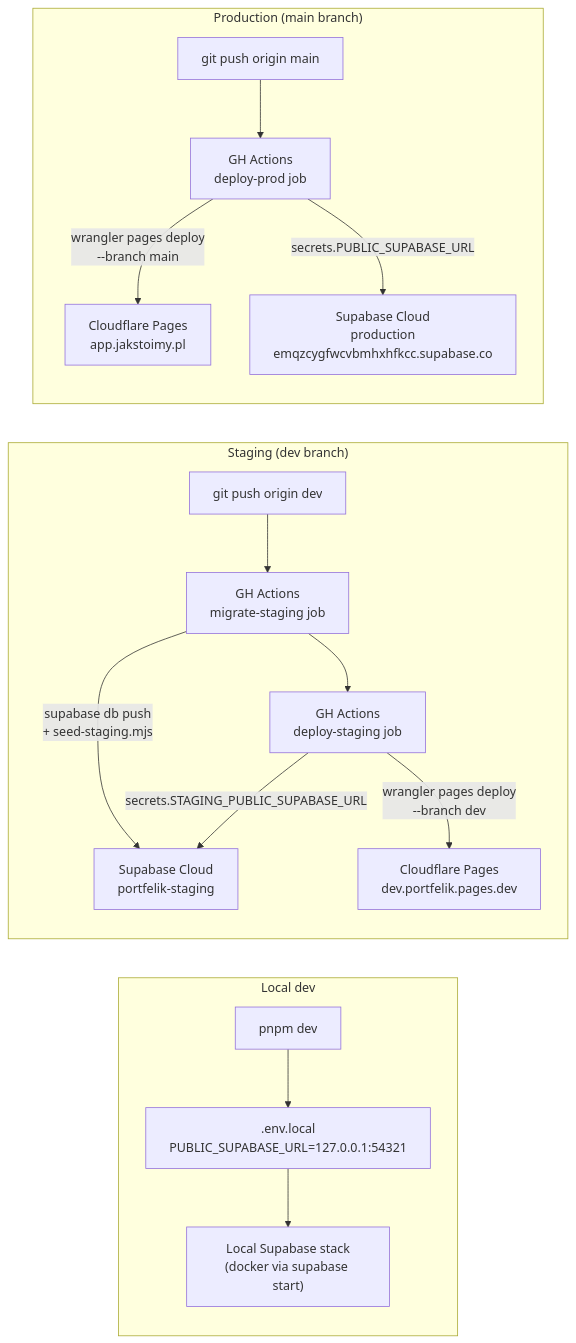
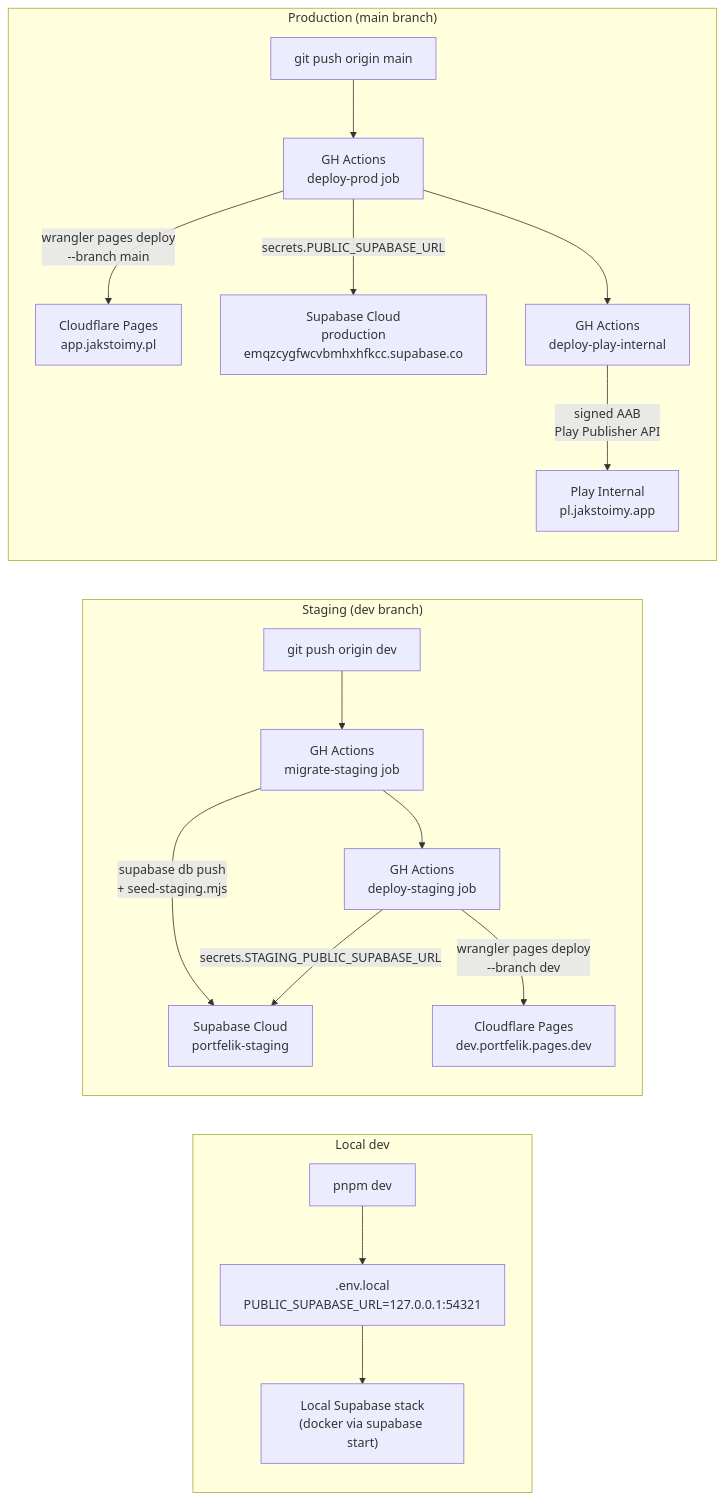
The first of 2 diagrams in docs/architecture/env-workflow.md (adrianghub/portfelik), drawn with Mermaid before and after one commit. The commit also changed other lines of this file and 6 other files, not shown here.

First line of the commit message:
ci: upload a signed AAB to Play Internal after production

````diff
--- a/docs/architecture/env-workflow.md
+++ b/docs/architecture/env-workflow.md
@@ -83,24 +83,26 @@
 ```mermaid
 flowchart LR
   subgraph local["Local dev"]
     devCmd["pnpm dev"] --> envLocal[".env.local<br/>PUBLIC_SUPABASE_URL=127.0.0.1:54321"]
     envLocal --> localStack["Local Supabase stack<br/>(docker via supabase start)"]
   end
 
   subgraph staging["Staging (dev branch)"]
     pushDev["git push origin dev"] --> ghaDevMigrate["GH Actions<br/>migrate-staging job"]
     ghaDevMigrate -->|supabase db push<br/>+ seed-staging.mjs| supaStage
     ghaDevMigrate --> ghaDev["GH Actions<br/>deploy-staging job"]
     ghaDev -->|wrangler pages deploy<br/>--branch dev| cfPagesDev["Cloudflare Pages<br/>dev.portfelik.pages.dev"]
     ghaDev -->|secrets.STAGING_PUBLIC_SUPABASE_URL| supaStage
   end
 
   subgraph prod["Production (main branch)"]
     pushMain["git push origin main"] --> ghaProd["GH Actions<br/>deploy-prod job"]
     ghaProd -->|wrangler pages deploy<br/>--branch main| cfPagesProd["Cloudflare Pages<br/>app.jakstoimy.pl"]
     ghaProd -->|secrets.PUBLIC_SUPABASE_URL| supaProd
+    ghaProd --> ghaPlay["GH Actions<br/>deploy-play-internal"]
+    ghaPlay -->|signed AAB<br/>Play Publisher API| playInternal["Play Internal<br/>pl.jakstoimy.app"]
   end
 
   supaStage["Supabase Cloud<br/>portfelik-staging"]
   supaProd["Supabase Cloud<br/>production<br/>emqzcygfwcvbmhxhfkcc.supabase.co"]
 ```
````
